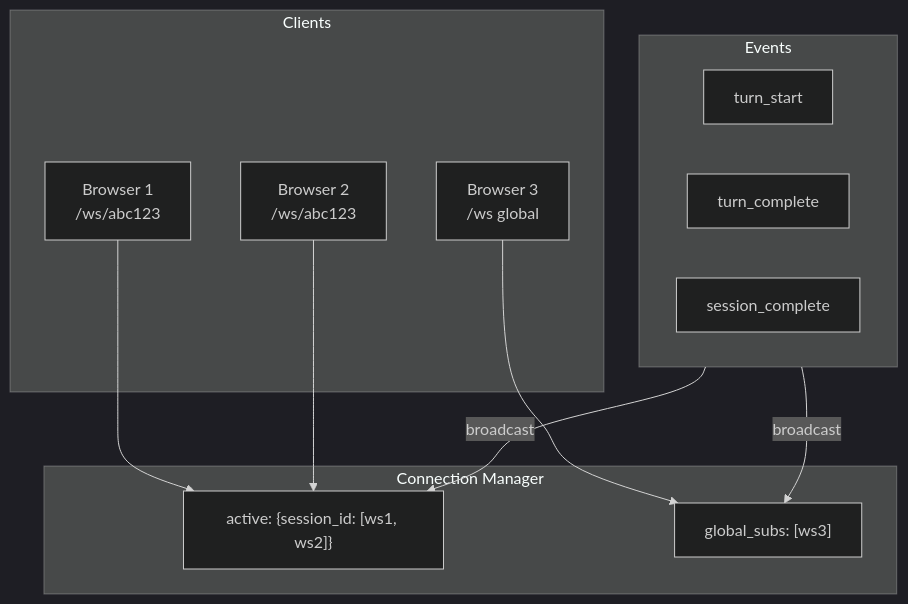
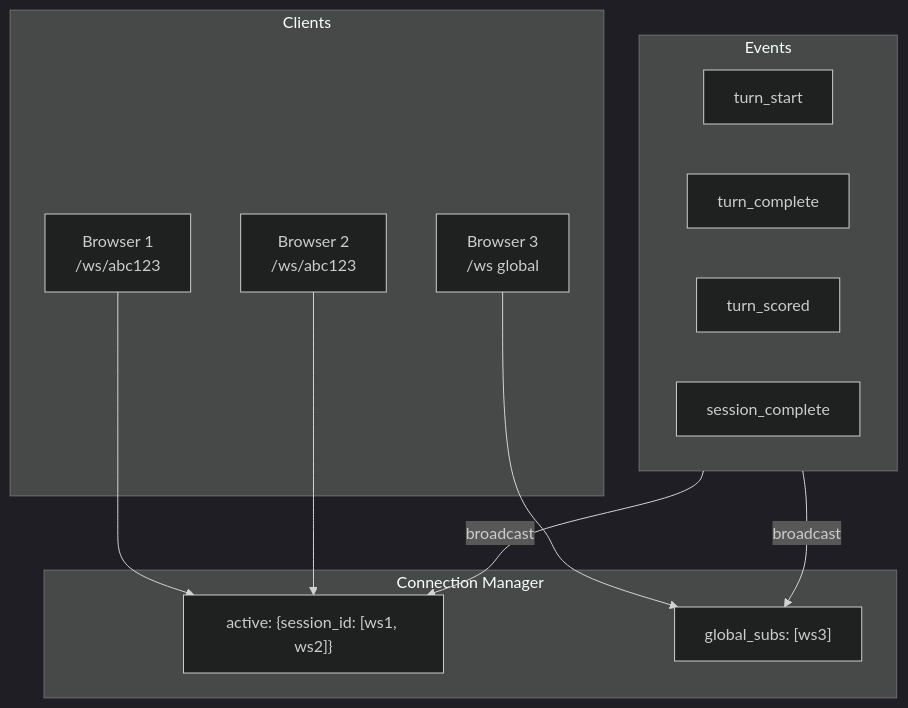
Before and after one commit to duonghaijoe/eval-kai: diagram 18 of 20 in docs/ARCHITECTURE.md, drawn with Mermaid (dark theme). The commit also changed other lines of this file and 22 other files, not shown here.

````diff
--- a/docs/ARCHITECTURE.md
+++ b/docs/ARCHITECTURE.md
@@ -503,26 +791,27 @@
 ```mermaid
 flowchart TD
     subgraph Clients
         C1[Browser 1<br/>/ws/abc123]
         C2[Browser 2<br/>/ws/abc123]
         C3[Browser 3<br/>/ws global]
     end
 
     subgraph Manager["Connection Manager"]
         ACTIVE["active: {session_id: [ws1, ws2]}"]
         GLOBAL["global_subs: [ws3]"]
     end
 
     subgraph Events
         E1[turn_start]
         E2[turn_complete]
-        E3[session_complete]
+        E3[turn_scored]
+        E4[session_complete]
     end
 
     C1 --> ACTIVE
     C2 --> ACTIVE
     C3 --> GLOBAL
 
     Events -->|broadcast| ACTIVE
     Events -->|broadcast| GLOBAL
 ```
````
